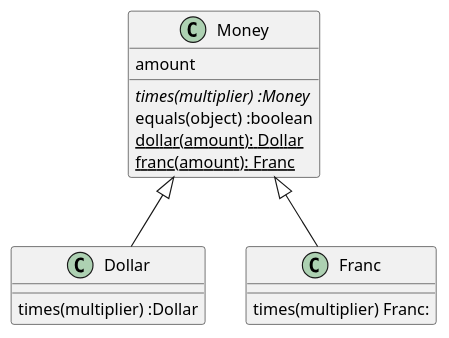
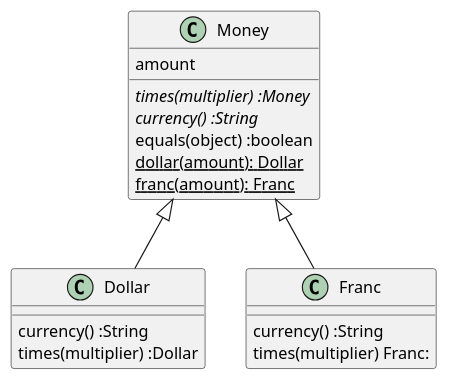
Before and after one commit to hiroshima-arc/pragmatic_programing: the diagram in docs/src/spec/the_money_example.adoc, drawn with PlantUML. The commit also changed 4 other files, not shown here.

```diff
--- a/docs/src/spec/the_money_example.adoc
+++ b/docs/src/spec/the_money_example.adoc
@@ -63,20 +63,23 @@
 [plantuml]
 ----
 class Money {
   amount
   {abstract} times(multiplier) :Money
+  {abstract} currency() :String
   equals(object) :boolean
   {static} dollar(amount): Dollar
   {static} franc(amount): Franc
 }
 class Dollar {
+  currency() :String
   times(multiplier) :Dollar
 }
 
 class Franc {
+  currency() :String
   times(multiplier) Franc:
 }
 
 Money <|-- Dollar
 Money <|-- Franc
 ----
```
